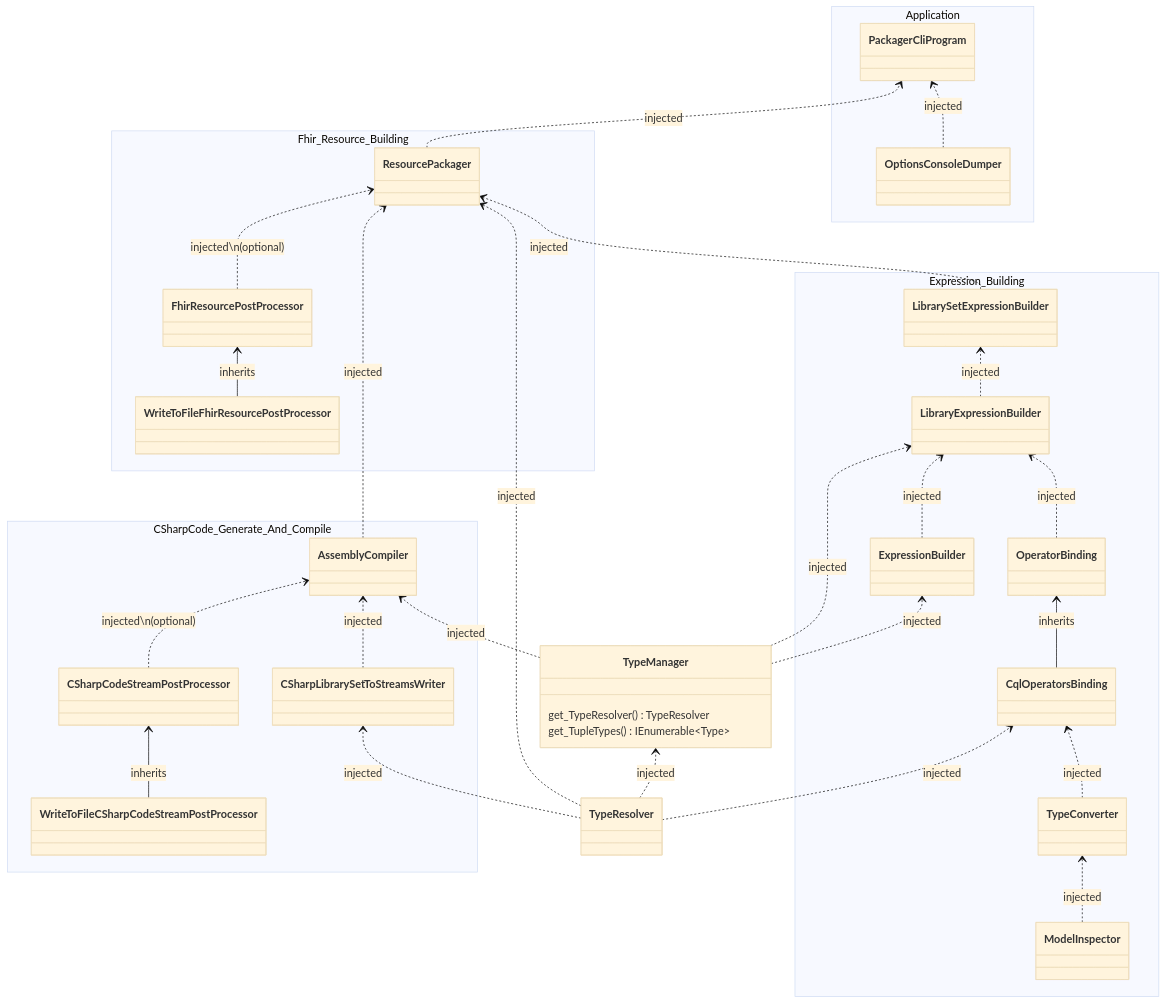
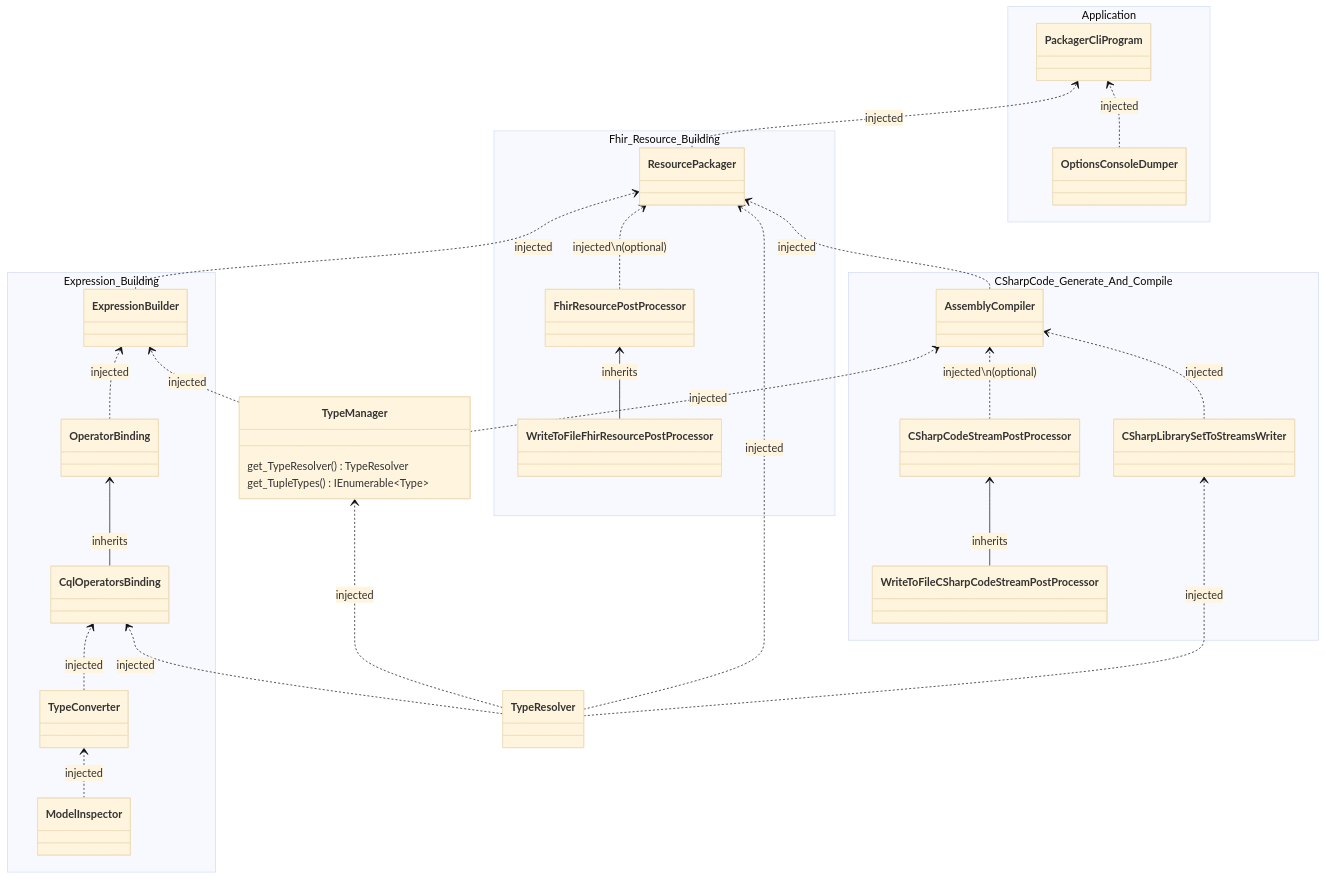
The first of 2 diagrams in docs/packager-cli-dependency-graph.md (FirelyTeam/firely-cql-sdk), drawn with Mermaid (base theme) before and after one commit. The commit also changed 36 other files, not shown here.

Commit message:
Merge all *ExpressionBuilders. Rename *ExpressionBuilderContext to Contextual*ExpressionBuilder

````diff
--- a/docs/packager-cli-dependency-graph.md
+++ b/docs/packager-cli-dependency-graph.md
@@ -29,12 +29,6 @@
 
     namespace Expression_Building {
         class ExpressionBuilder {
-        }
-
-        class LibraryExpressionBuilder {
-        }
-
-        class LibrarySetExpressionBuilder {
         }
 
         class OperatorBinding {
@@ -82,6 +76,7 @@
     TypeManager ..> AssemblyCompiler : injected
 
     TypeManager ..> ExpressionBuilder : injected
+    OperatorBinding ..> ExpressionBuilder : injected
 
     ResourcePackager ..> PackagerCliProgram : injected 
     OptionsConsoleDumper ..> PackagerCliProgram : injected 
@@ -95,14 +90,8 @@
 
     AssemblyCompiler ..> ResourcePackager : injected
     TypeResolver ..> ResourcePackager : injected
-    LibrarySetExpressionBuilder ..> ResourcePackager : injected
+    ExpressionBuilder ..> ResourcePackager : injected
     FhirResourcePostProcessor ..> ResourcePackager : injected\n(optional) 
     
     TypeResolver ..> CSharpLibrarySetToStreamsWriter : injected
-
-    OperatorBinding ..> LibraryExpressionBuilder : injected
-    TypeManager ..> LibraryExpressionBuilder : injected
-    ExpressionBuilder ..> LibraryExpressionBuilder : injected
-
-    LibraryExpressionBuilder ..> LibrarySetExpressionBuilder : injected
 ```
````
